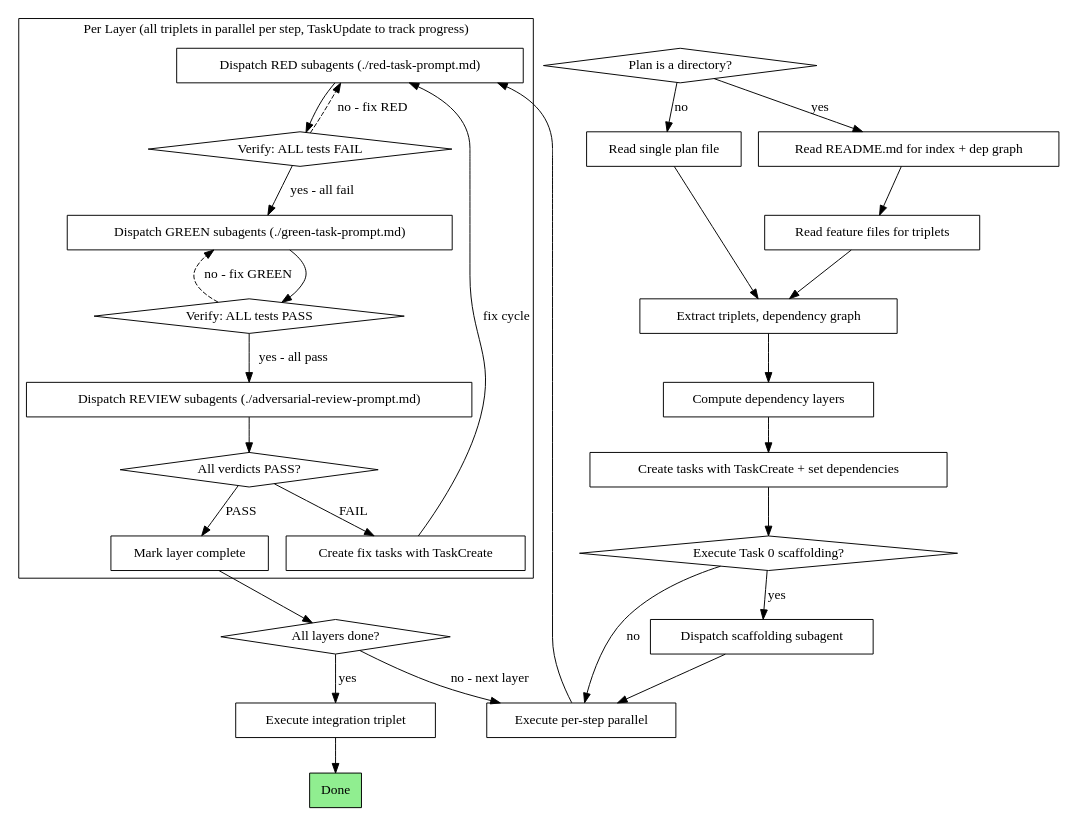
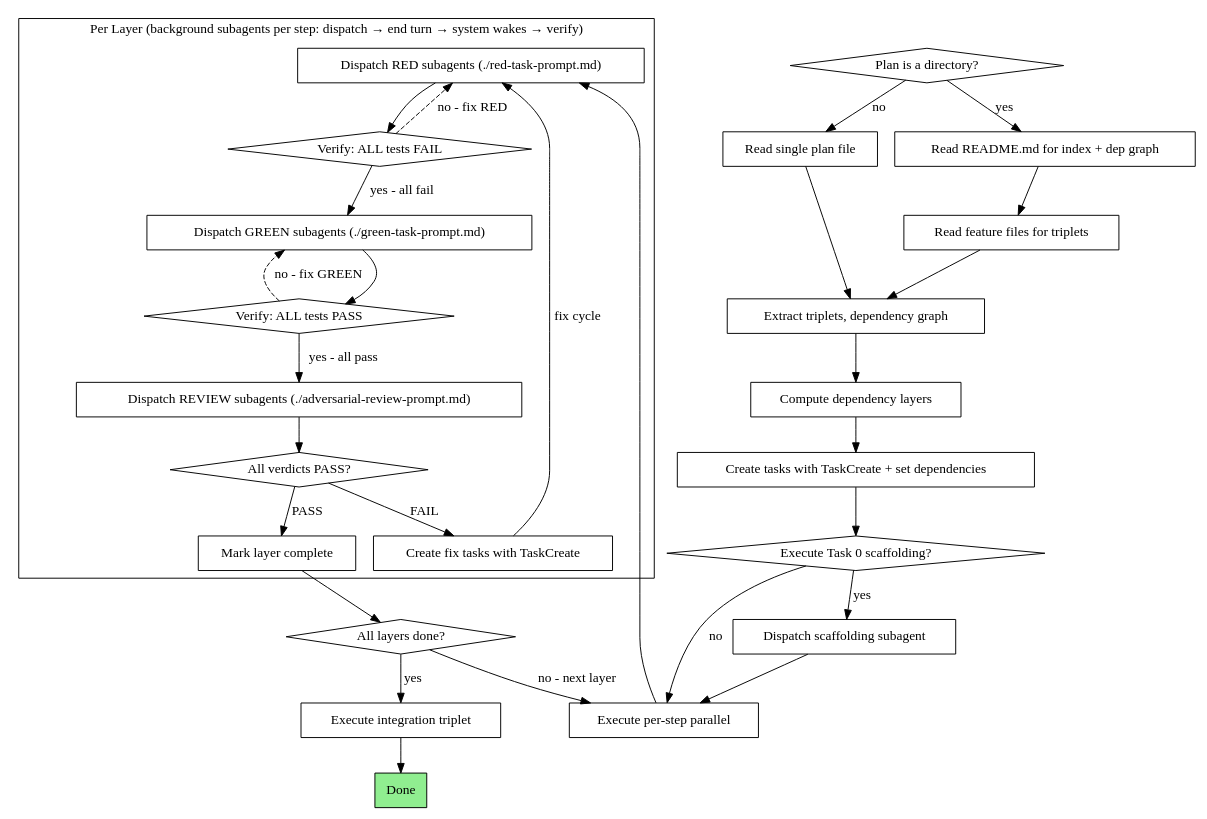
One commit to Dethon/ai-dev-flow changed the second of 2 diagrams in skills/executing-tdd-plans/SKILL.md. Above: the diagram before and after it, drawn with Graphviz. The commit also changed other lines of this file, not shown here.

Commit message:
Update documentation for executing TDD plans to clarify background subagent usage and execution process

````diff
--- a/skills/executing-tdd-plans/SKILL.md
+++ b/skills/executing-tdd-plans/SKILL.md
@@ -38,61 +38,61 @@
 ```dot
 digraph process {
     rankdir=TB;
 
     "Plan is a directory?" [shape=diamond];
     "Read single plan file" [shape=box];
     "Read README.md for index + dep graph" [shape=box];
     "Read feature files for triplets" [shape=box];
     "Extract triplets, dependency graph" [shape=box];
     "Compute dependency layers" [shape=box];
     "Create tasks with TaskCreate + set dependencies" [shape=box];
     "Execute Task 0 scaffolding?" [shape=diamond];
     "Dispatch scaffolding subagent" [shape=box];
     "Execute per-step parallel" [shape=box];
 
     subgraph cluster_per_layer {
-        label="Per Layer (all triplets in parallel per step, TaskUpdate to track progress)";
+        label="Per Layer (background subagents per step: dispatch → end turn → system wakes → verify)";
         "Dispatch RED subagents (./red-task-prompt.md)" [shape=box];
         "Verify: ALL tests FAIL" [shape=diamond];
         "Dispatch GREEN subagents (./green-task-prompt.md)" [shape=box];
         "Verify: ALL tests PASS" [shape=diamond];
         "Dispatch REVIEW subagents (./adversarial-review-prompt.md)" [shape=box];
         "All verdicts PASS?" [shape=diamond];
         "Create fix tasks with TaskCreate" [shape=box];
         "Mark layer complete" [shape=box];
     }
 
     "All layers done?" [shape=diamond];
     "Execute integration triplet" [shape=box];
     "Done" [shape=box, style=filled, fillcolor=lightgreen];
 
     "Plan is a directory?" -> "Read README.md for index + dep graph" [label="yes"];
     "Plan is a directory?" -> "Read single plan file" [label="no"];
     "Read README.md for index + dep graph" -> "Read feature files for triplets";
     "Read feature files for triplets" -> "Extract triplets, dependency graph";
     "Read single plan file" -> "Extract triplets, dependency graph";
     "Extract triplets, dependency graph" -> "Compute dependency layers";
     "Compute dependency layers" -> "Create tasks with TaskCreate + set dependencies";
     "Create tasks with TaskCreate + set dependencies" -> "Execute Task 0 scaffolding?";
     "Execute Task 0 scaffolding?" -> "Dispatch scaffolding subagent" [label="yes"];
     "Execute Task 0 scaffolding?" -> "Execute per-step parallel" [label="no"];
     "Dispatch scaffolding subagent" -> "Execute per-step parallel";
 
     "Execute per-step parallel" -> "Dispatch RED subagents (./red-task-prompt.md)";
     "Dispatch RED subagents (./red-task-prompt.md)" -> "Verify: ALL tests FAIL";
     "Verify: ALL tests FAIL" -> "Dispatch GREEN subagents (./green-task-prompt.md)" [label="yes - all fail"];
     "Verify: ALL tests FAIL" -> "Dispatch RED subagents (./red-task-prompt.md)" [label="no - fix RED", style=dashed];
     "Dispatch GREEN subagents (./green-task-prompt.md)" -> "Verify: ALL tests PASS";
     "Verify: ALL tests PASS" -> "Dispatch REVIEW subagents (./adversarial-review-prompt.md)" [label="yes - all pass"];
     "Verify: ALL tests PASS" -> "Dispatch GREEN subagents (./green-task-prompt.md)" [label="no - fix GREEN", style=dashed];
     "Dispatch REVIEW subagents (./adversarial-review-prompt.md)" -> "All verdicts PASS?";
     "All verdicts PASS?" -> "Mark layer complete" [label="PASS"];
     "All verdicts PASS?" -> "Create fix tasks with TaskCreate" [label="FAIL"];
     "Create fix tasks with TaskCreate" -> "Dispatch RED subagents (./red-task-prompt.md)" [label="fix cycle"];
 
     "Mark layer complete" -> "All layers done?";
     "All layers done?" -> "Execute per-step parallel" [label="no - next layer"];
     "All layers done?" -> "Execute integration triplet" [label="yes"];
     "Execute integration triplet" -> "Done";
 }
 ```
````
